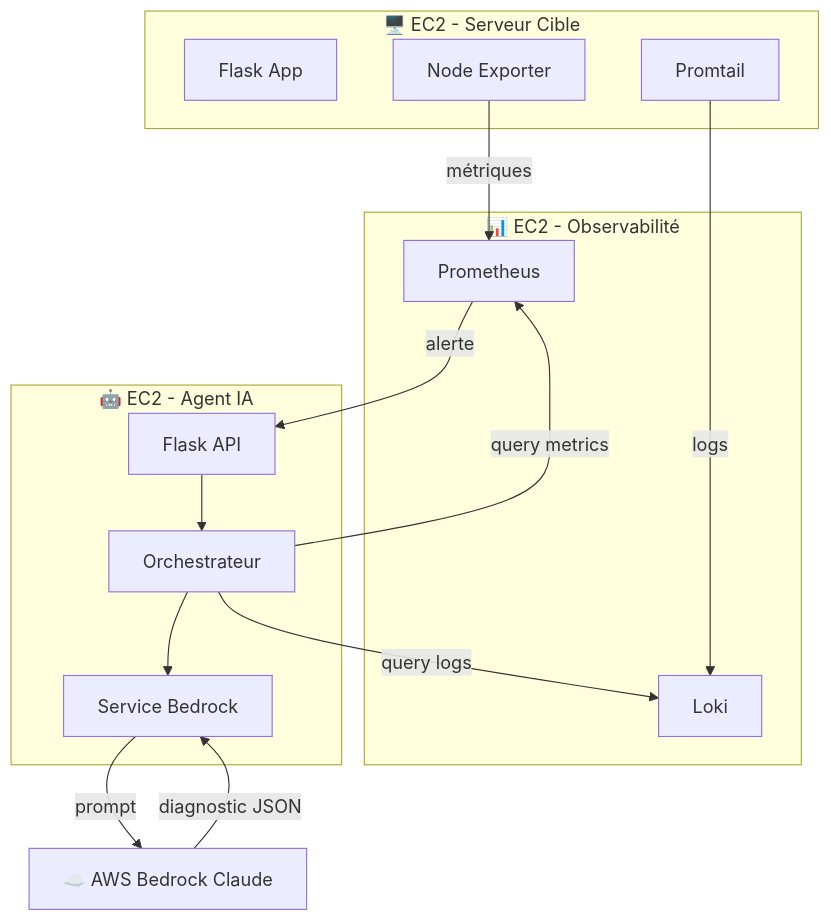
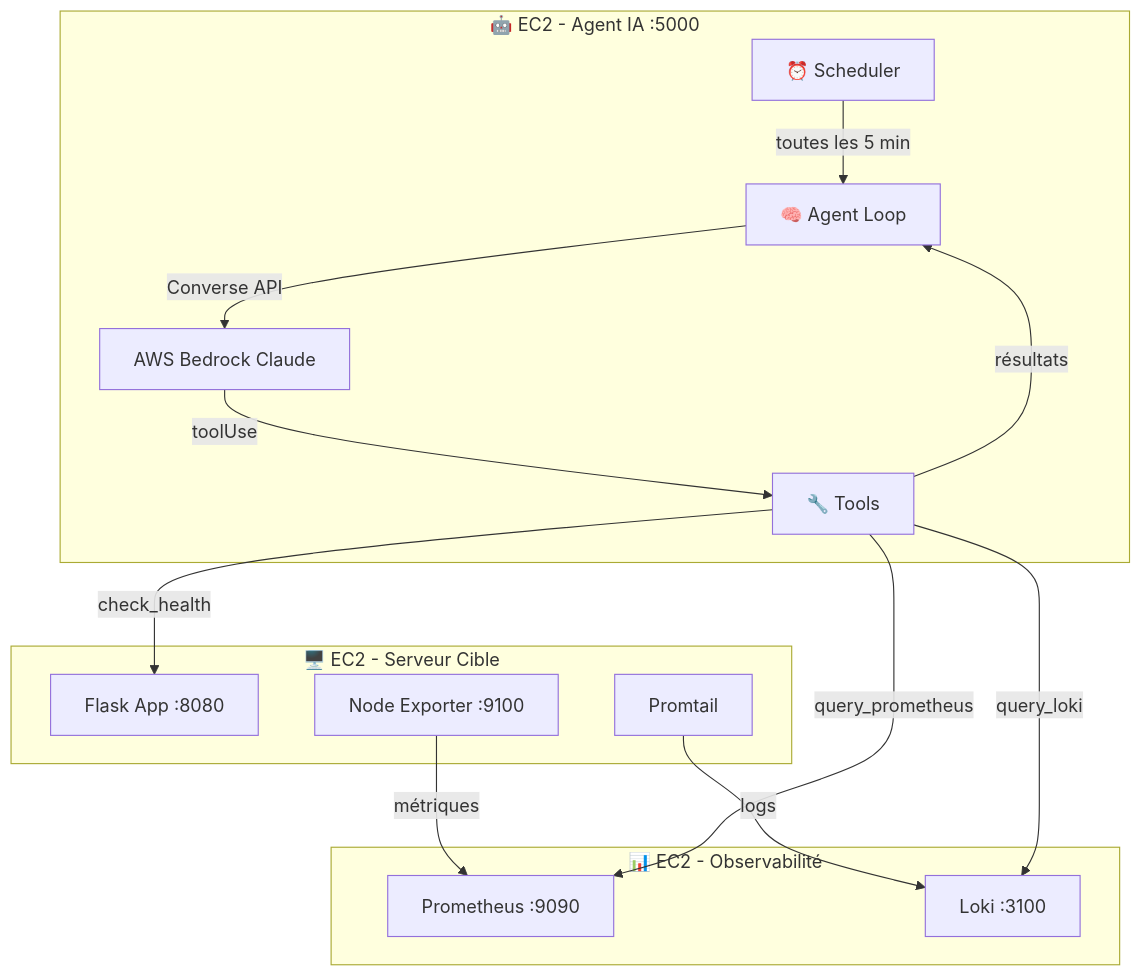
The diagram in README.md (RIKIEL-K/monitoring-ia), drawn with Mermaid before and after one commit. The commit also changed other lines of this file and 28 other files, not shown here.

Commit message:
feat: implement AWS Bedrock integration and project scaffolding for EC2 monitoring agent

````diff
--- a/README.md
+++ b/README.md
@@ -123,29 +9,29 @@
 ```mermaid
 flowchart TB
     subgraph target["🖥️ EC2 - Serveur Cible"]
-        A1["Flask App"] 
-        A2["Node Exporter"]
+        A1["Flask App :8080"] 
+        A2["Node Exporter :9100"]
         A3["Promtail"]
     end
     
     subgraph obs["📊 EC2 - Observabilité"]
-        B1["Prometheus"]
-        B2["Loki"]
+        B1["Prometheus :9090"]
+        B2["Loki :3100"]
     end
     
-    subgraph agent["🤖 EC2 - Agent IA"]
-        C1["Flask API"]
-        C2["Orchestrateur"]
-        C3["Service Bedrock"]
+    subgraph agent["🤖 EC2 - Agent IA :5000"]
+        S["⏰ Scheduler"]
+        L["🧠 Agent Loop"]
+        T["🔧 Tools"]
+        S -->|"toutes les 5 min"| L
+        L -->|"Converse API"| BK["AWS Bedrock Claude"]
+        BK -->|"toolUse"| T
+        T -->|"résultats"| L
     end
     
     A2 -->|métriques| B1
     A3 -->|logs| B2
-    B1 -->|alerte| C1
-    C1 --> C2
-    C2 -->|query logs| B2
-    C2 -->|query metrics| B1
-    C2 --> C3
-    C3 -->|prompt| D["☁️ AWS Bedrock Claude"]
-    D -->|diagnostic JSON| C3
+    T -->|"query_prometheus"| B1
+    T -->|"query_loki"| B2
+    T -->|"check_health"| A1
 ```
````
